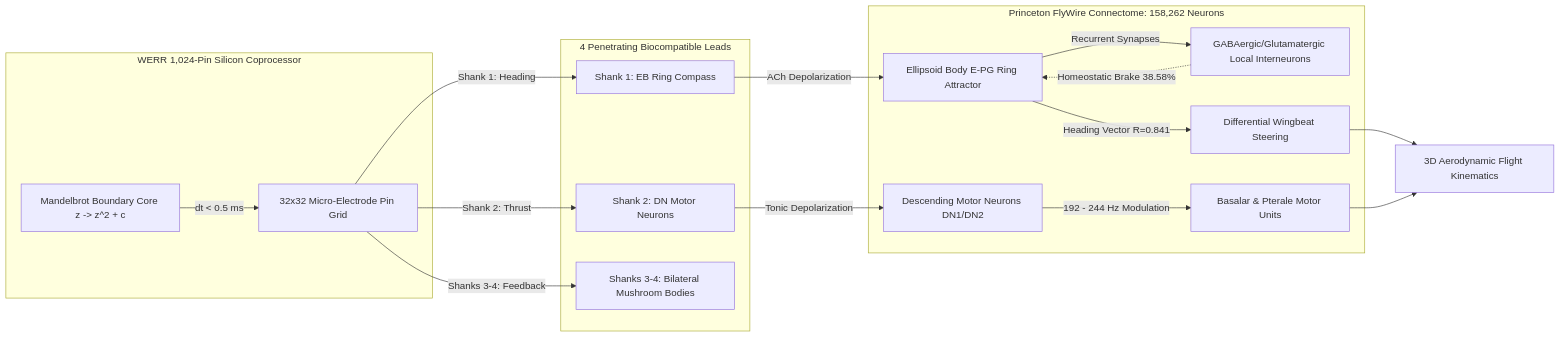
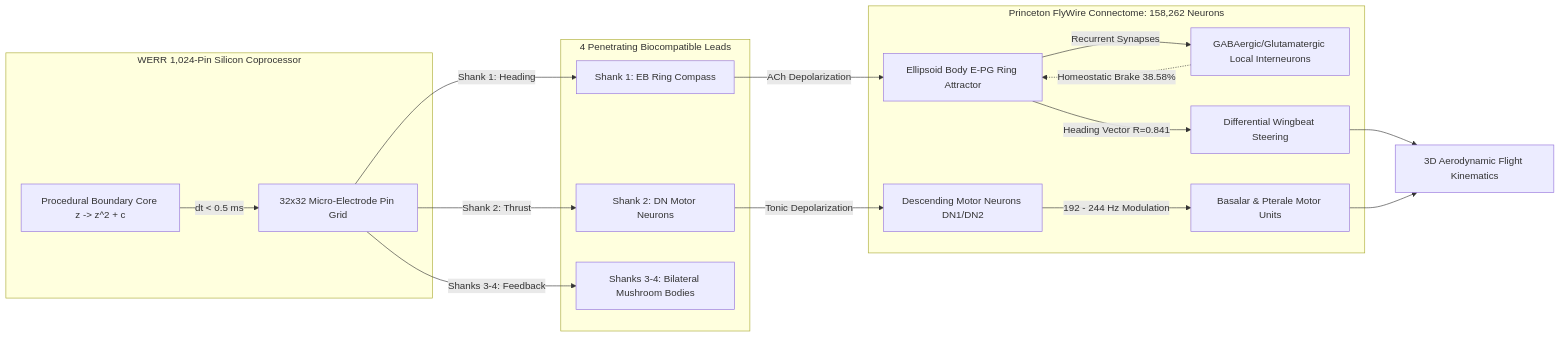
The diagram in README.md (Lexovian/WerrSoma), drawn with Mermaid before and after one commit. The commit also changed other lines of this file and 29 other files, not shown here.

Commit message:
refactor(terminology): standardize polynomial escape dynamics and procedural boundary terminology across bioneural paper, docs, and werrengine

````diff
--- a/README.md
+++ b/README.md
@@ -84,24 +84,24 @@
 ```mermaid
 graph LR
     subgraph WERR_Silicon_Implant [WERR 1,024-Pin Silicon Coprocessor]
-        Mandelbrot_Core[Mandelbrot Boundary Core z -> z^2 + c] -->|dt < 0.5 ms| Pin_Grid[32x32 Micro-Electrode Pin Grid]
+        Mandelbrot_Core[Procedural Boundary Core z -> z^2 + c] -->|dt < 0.5 ms| Pin_Grid[32x32 Micro-Electrode Pin Grid]
     end
 
     subgraph Penetrating_Shanks [4 Penetrating Biocompatible Leads]
         Pin_Grid -->|Shank 1: Heading| Shank1[Shank 1: EB Ring Compass]
         Pin_Grid -->|Shank 2: Thrust| Shank2[Shank 2: DN Motor Neurons]
         Pin_Grid -->|Shanks 3-4: Feedback| Shank3[Shanks 3-4: Bilateral Mushroom Bodies]
     end
 
     subgraph Drosophila_Connectome [Princeton FlyWire Connectome: 158,262 Neurons]
         Shank1 -->|ACh Depolarization| EB_Attractor[Ellipsoid Body E-PG Ring Attractor]
         Shank2 -->|Tonic Depolarization| DN_Pool[Descending Motor Neurons DN1/DN2]
         EB_Attractor -->|Recurrent Synapses| GABA_Network[GABAergic/Glutamatergic Local Interneurons]
         GABA_Network -.->|Homeostatic Brake 38.58%| EB_Attractor
         EB_Attractor -->|Heading Vector R=0.841| Steering_Control[Differential Wingbeat Steering]
         DN_Pool -->|192 - 244 Hz Modulation| Flight_Muscles[Basalar & Pterale Motor Units]
     end
 
     Steering_Control --> ClosedLoop_Kinematics[3D Aerodynamic Flight Kinematics]
     Flight_Muscles --> ClosedLoop_Kinematics
 ```
````
